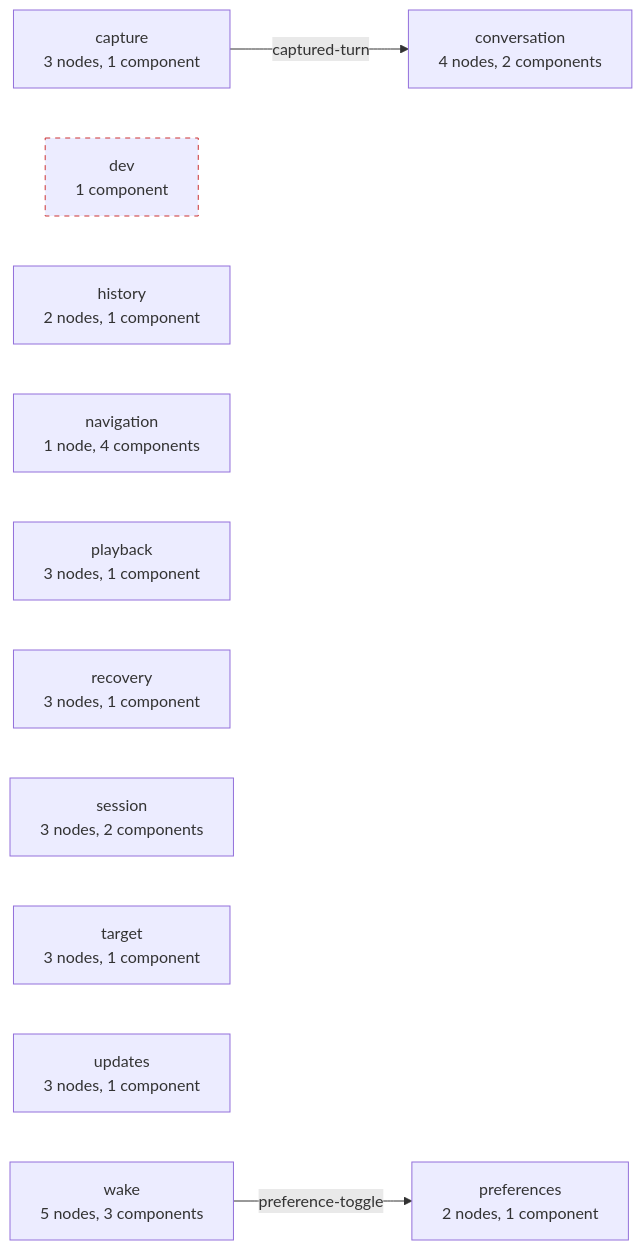
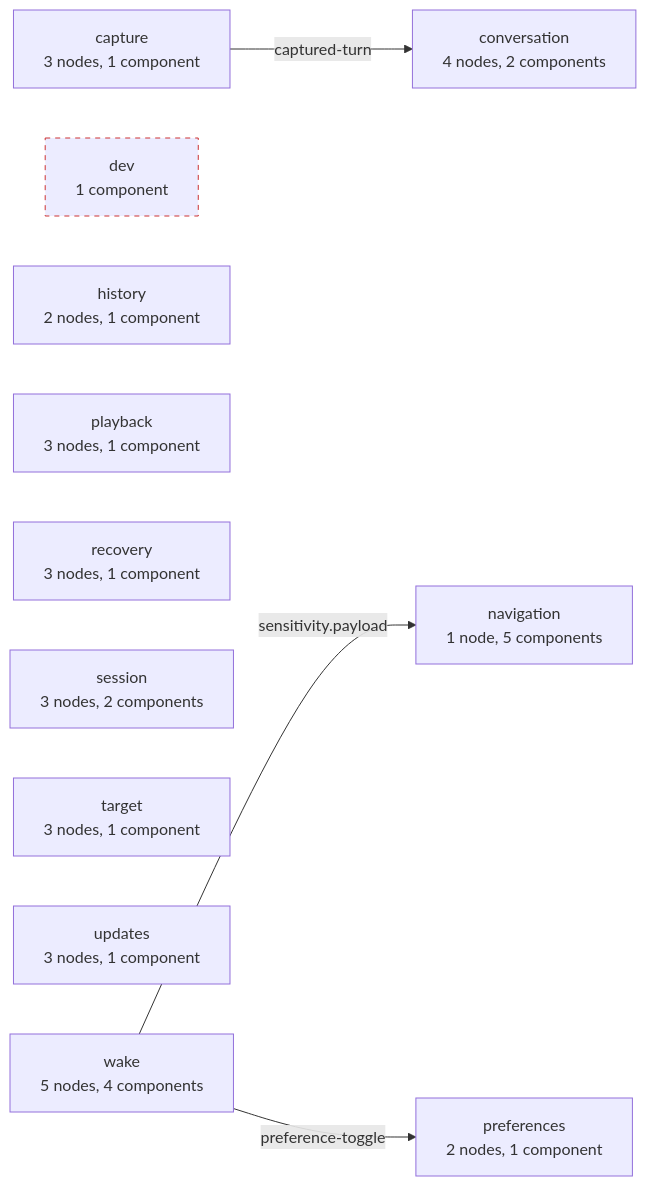
Before and after one commit to adelost/agentmux: the diagram in android/audio-inbox/product-spec/generated/link-product.domains.mmd, drawn with Mermaid. The commit also changed 39 other files, not shown here.

```diff
--- a/android/audio-inbox/product-spec/generated/link-product.domains.mmd
+++ b/android/audio-inbox/product-spec/generated/link-product.domains.mmd
@@ -1,24 +1,25 @@
 %% GENERATED FILE. DO NOT EDIT.
 %% GENERATED FROM product-spec/generated/link-product.json (port bindings) and
 %% product-spec/src/capabilities.ts (STATE_FEEDBACK rows, dashed).
 %% A dashed red domain has no port binding at all, not even inside itself: nothing
 %% reaches it and it reaches nothing. A domain wired only inside itself is an island
 %% and is drawn like any other; islands are modules, not debt. A dashed edge is
 %% state read or written without a port: the distance between the declared graph
 %% and the app.
 graph LR
   capture["capture<br/>3 nodes, 1 component"]
   conversation["conversation<br/>4 nodes, 2 components"]
   dev["dev<br/>1 component"]
   history["history<br/>2 nodes, 1 component"]
-  navigation["navigation<br/>1 node, 4 components"]
+  navigation["navigation<br/>1 node, 5 components"]
   playback["playback<br/>3 nodes, 1 component"]
   preferences["preferences<br/>2 nodes, 1 component"]
   recovery["recovery<br/>3 nodes, 1 component"]
   session["session<br/>3 nodes, 2 components"]
   target["target<br/>3 nodes, 1 component"]
   updates["updates<br/>3 nodes, 1 component"]
-  wake["wake<br/>5 nodes, 3 components"]
+  wake["wake<br/>5 nodes, 4 components"]
   capture -->|"captured-turn"| conversation
+  wake -->|"sensitivity.payload"| navigation
   wake -->|"preference-toggle"| preferences
   style dev stroke-dasharray: 5 5,stroke:#c33
```
